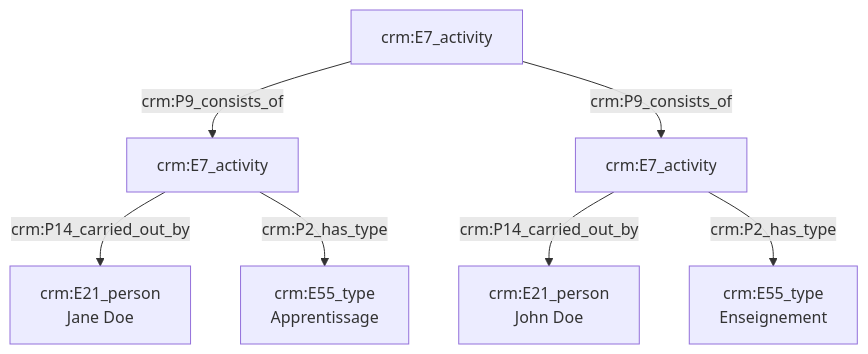
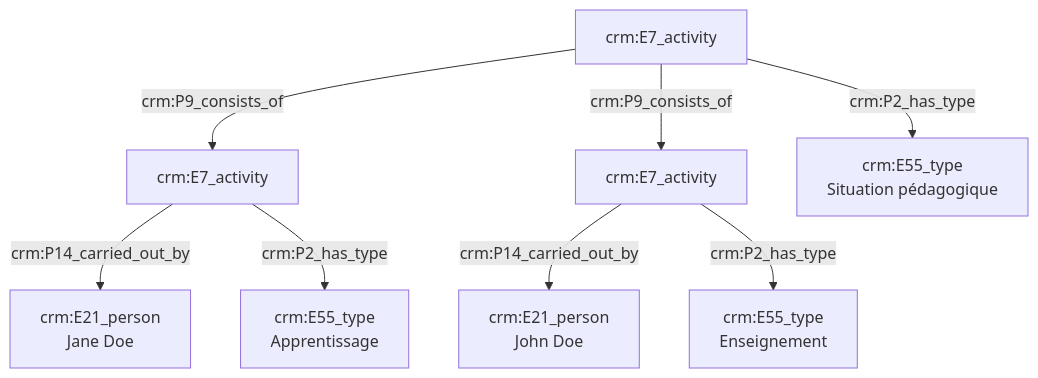
One commit to Amleth/consortium-musica2-gt2-ontologies changed the diagram in modules/livrables/Dossier 2/Prosopographie/relation de maître à élève.md. Above: the diagram before and after it, drawn with Mermaid. The commit also changed other lines of this file, not shown here.

````diff
--- a/modules/livrables/Dossier 2/Prosopographie/relation de maître à élève.md
+++ b/modules/livrables/Dossier 2/Prosopographie/relation de maître à élève.md
@@ -13,15 +11,16 @@
 ```mermaid
 graph TD;
 
 F[crm:E7_activity] --> |crm:P9_consists_of| D[crm:E7_activity]
 F[crm:E7_activity] --> |crm:P9_consists_of| A[crm:E7_activity]
+F[crm:E7_activity] --> |crm:P2_has_type| H[crm:E55_type<br>Situation pédagogique]
 
 A[crm:E7_Activity] --> |crm:P14_carried_out_by| B[crm:E21_person<br>John Doe]
 A[crm:E7_activity] --> |crm:P2_has_type| C[crm:E55_type<br>Enseignement]
 
 D[crm:E7_Activity] --> |crm:P14_carried_out_by| E[crm:E21_person<br>Jane Doe]
 D[crm:E7_activity] --> |crm:P2_has_type| G[crm:E55_type<br>Apprentissage]
 
 
 
 ```
````
